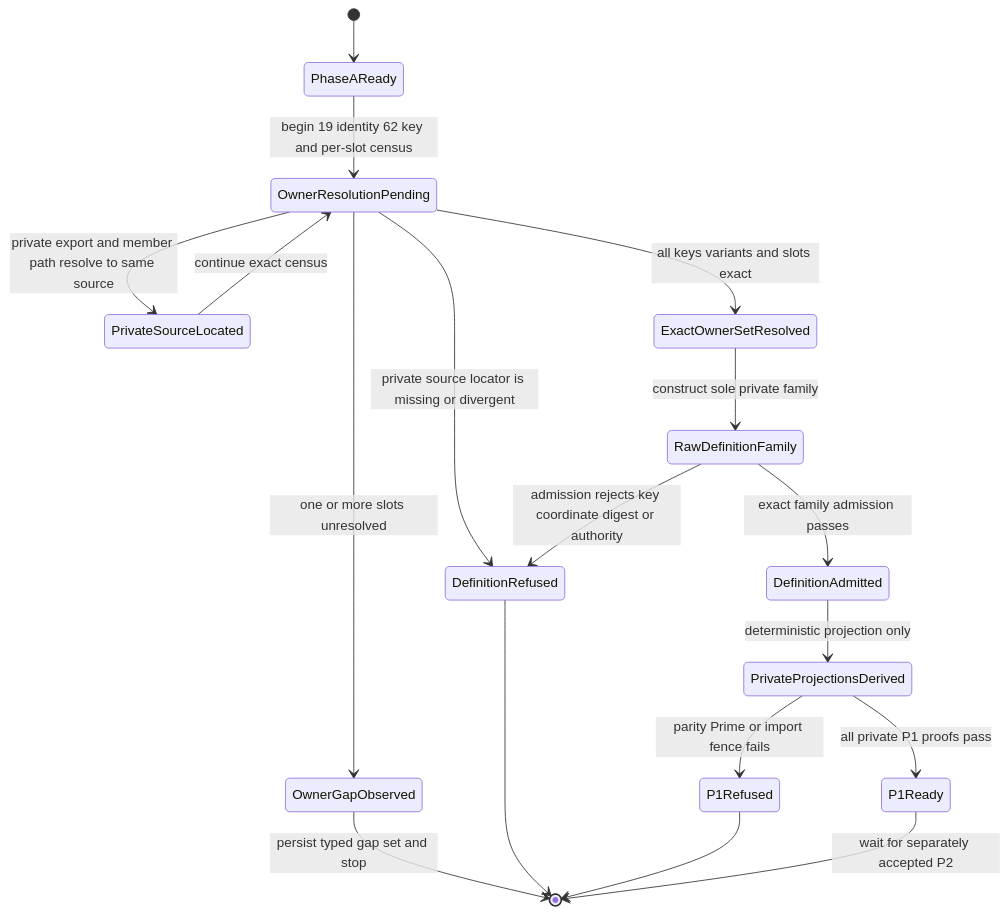
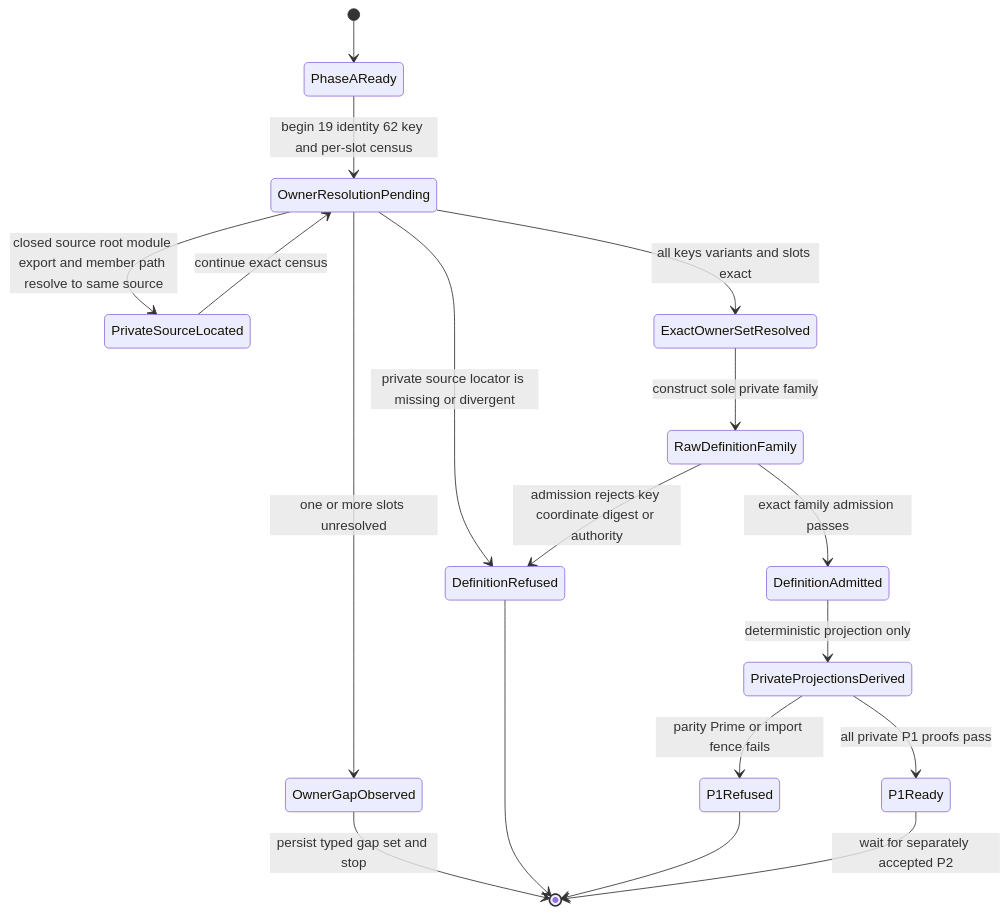
The third of 3 diagrams in build_tenants/abiogenesis/typescript/design/M04_PUBLIC_OPERATION_DEFINITION_FAMILY_BEHAVIOR_DESIGN.md (foolishimp/abiogenesis), drawn with Mermaid before and after one commit. The commit also changed other lines of this file and 8 other files, not shown here.

````diff
--- a/build_tenants/abiogenesis/typescript/design/M04_PUBLIC_OPERATION_DEFINITION_FAMILY_BEHAVIOR_DESIGN.md
+++ b/build_tenants/abiogenesis/typescript/design/M04_PUBLIC_OPERATION_DEFINITION_FAMILY_BEHAVIOR_DESIGN.md
@@ -1076,20 +1083,20 @@
 ```mermaid
 stateDiagram-v2
   [*] --> PhaseAReady
   PhaseAReady --> OwnerResolutionPending: begin 19 identity 62 key and per-slot census
-  OwnerResolutionPending --> PrivateSourceLocated: private export and member path resolve to same source
+  OwnerResolutionPending --> PrivateSourceLocated: closed source root module export and member path resolve to same source
   PrivateSourceLocated --> OwnerResolutionPending: continue exact census
   OwnerResolutionPending --> DefinitionRefused: private source locator is missing or divergent
   OwnerResolutionPending --> OwnerGapObserved: one or more slots unresolved
   OwnerResolutionPending --> ExactOwnerSetResolved: all keys variants and slots exact
   ExactOwnerSetResolved --> RawDefinitionFamily: construct sole private family
   RawDefinitionFamily --> DefinitionRefused: admission rejects key coordinate digest or authority
   RawDefinitionFamily --> DefinitionAdmitted: exact family admission passes
   DefinitionAdmitted --> PrivateProjectionsDerived: deterministic projection only
   PrivateProjectionsDerived --> P1Refused: parity Prime or import fence fails
   PrivateProjectionsDerived --> P1Ready: all private P1 proofs pass
   OwnerGapObserved --> [*]: persist typed gap set and stop
   DefinitionRefused --> [*]
   P1Refused --> [*]
   P1Ready --> [*]: wait for separately accepted P2
 ```
````
